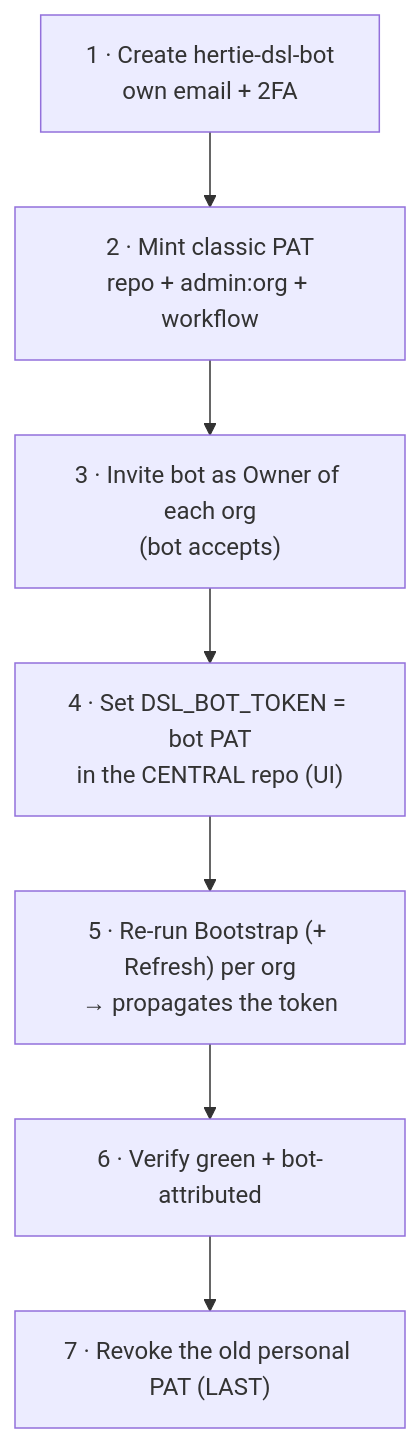
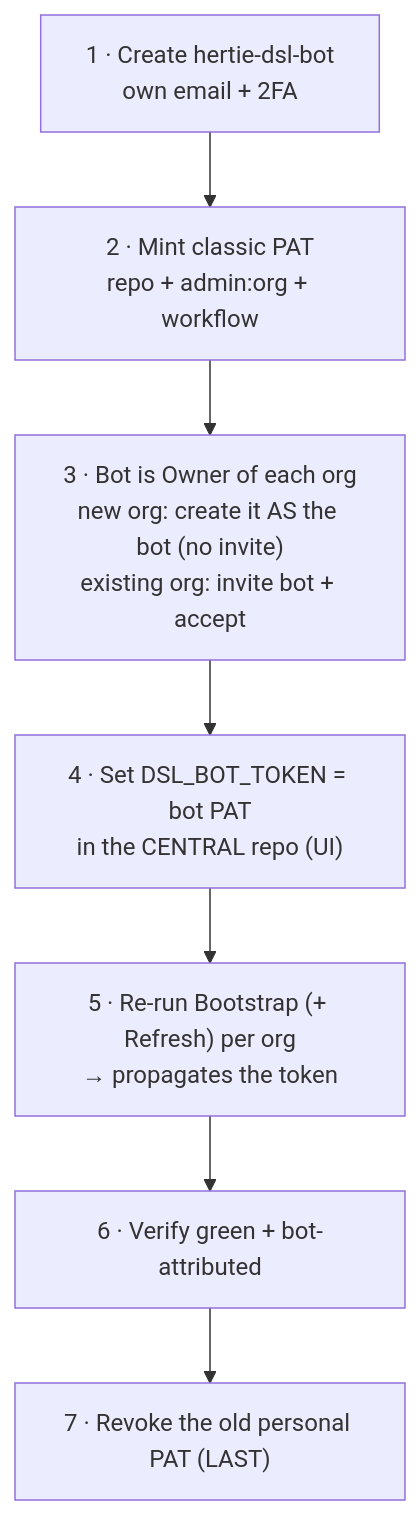
One commit to hertie-data-science-lab/dsl-teaching-course-setup changed the tenth of 10 diagrams in docs/ARCHITECTURE.md. Above: the diagram before and after it, drawn with Mermaid. The commit also changed other lines of this file and 1 other file, not shown here.

Commit message:
docs: prefer creating orgs as the bot (Owner instantly, no invite)

````diff
--- a/docs/ARCHITECTURE.md
+++ b/docs/ARCHITECTURE.md
@@ -226,9 +227,9 @@
 ```mermaid
 flowchart TD
   A["1 · Create hertie-dsl-bot<br/>own email + 2FA"] --> B["2 · Mint classic PAT<br/>repo + admin:org + workflow"]
-  B --> C["3 · Invite bot as Owner of each org<br/>(bot accepts)"]
+  B --> C["3 · Bot is Owner of each org<br/>new org: create it AS the bot (no invite)<br/>existing org: invite bot + accept"]
   C --> D["4 · Set DSL_BOT_TOKEN = bot PAT<br/>in the CENTRAL repo (UI)"]
   D --> E["5 · Re-run Bootstrap (+ Refresh) per org<br/>→ propagates the token"]
   E --> F["6 · Verify green + bot-attributed"]
   F --> G["7 · Revoke the old personal PAT (LAST)"]
 ```
````
